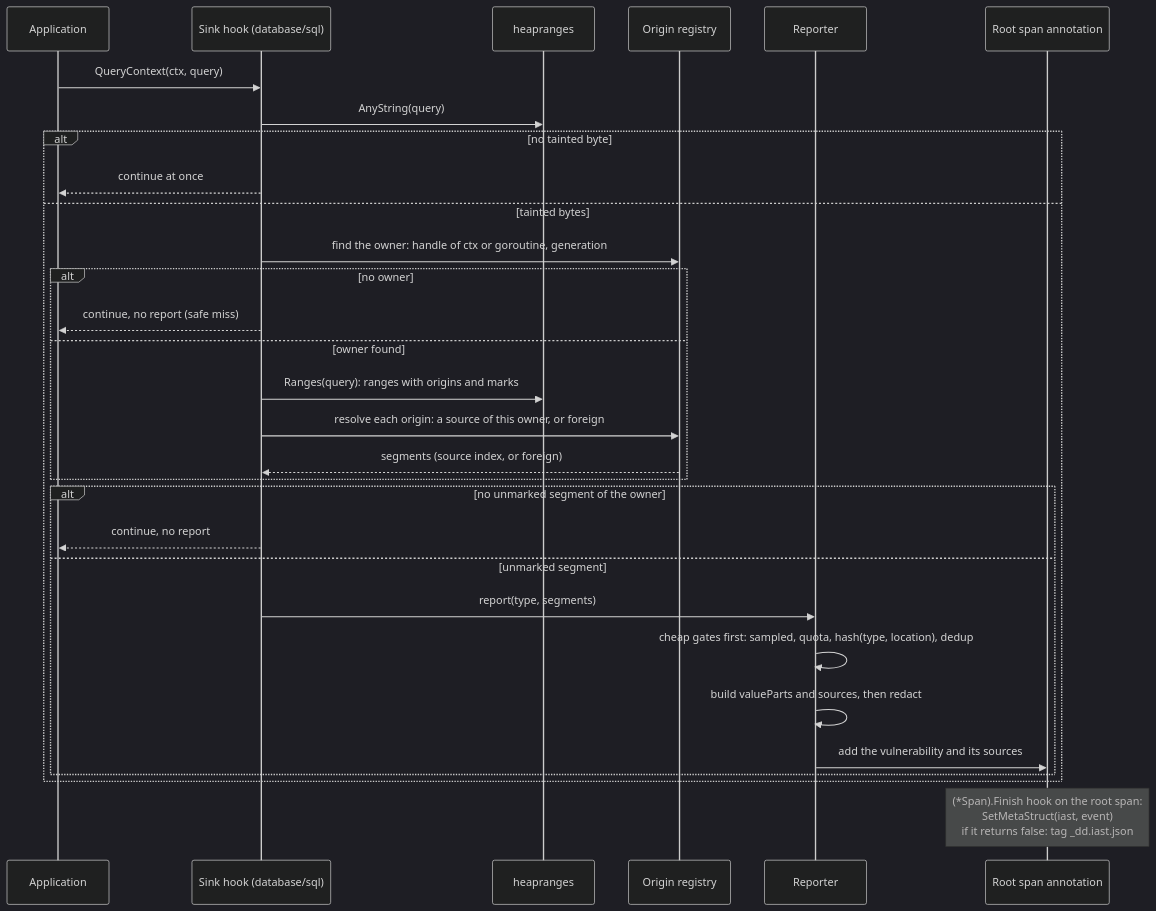
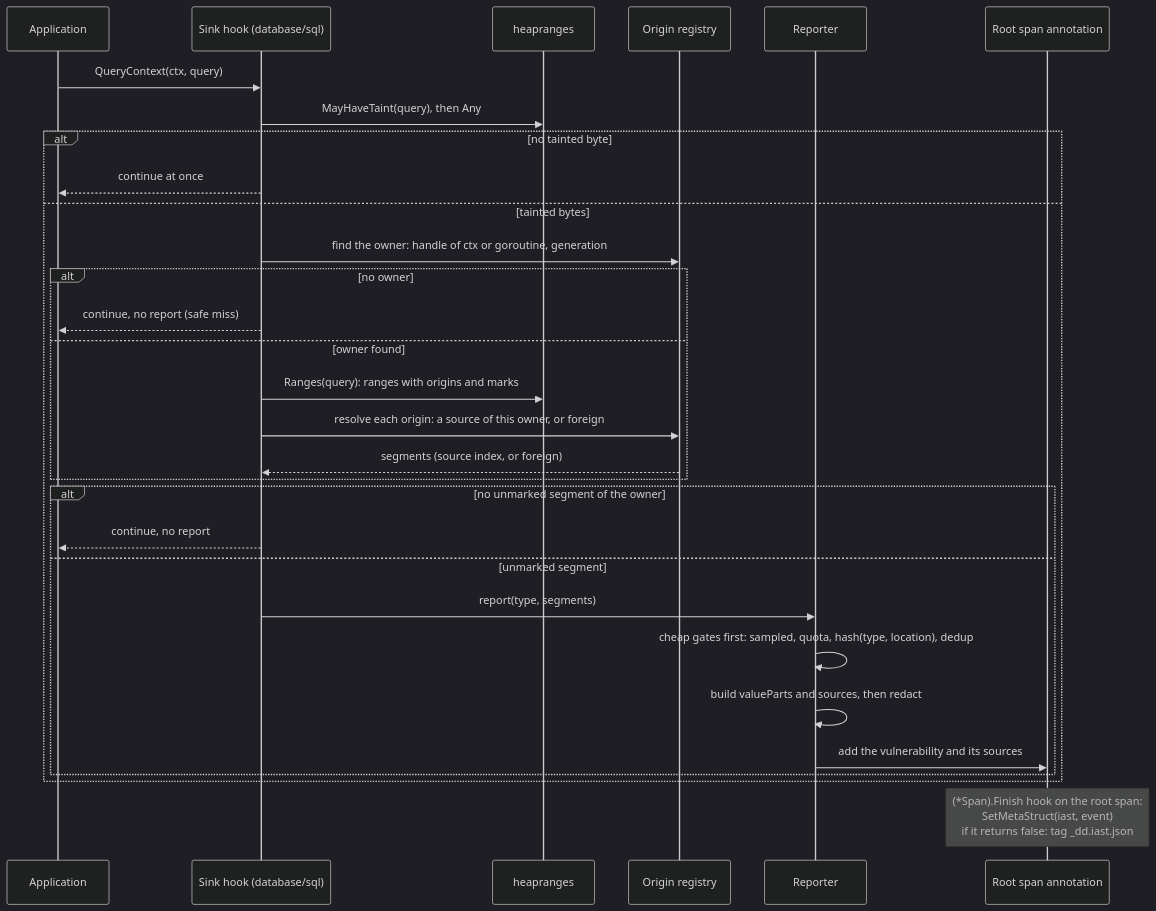
Before and after one commit to DataDog/dd-iast-go: the fifth of 7 diagrams in _docs/design/taint-tracking-v0.md, drawn with Mermaid (dark theme). The commit also changed other lines of this file, not shown here.

````diff
--- a/_docs/design/taint-tracking-v0.md
+++ b/_docs/design/taint-tracking-v0.md
@@ -1064,32 +1241,32 @@
 ```mermaid
 sequenceDiagram
   participant App as Application
   participant Sink as Sink hook (database/sql)
   participant Bits as heapranges
   participant Reg as Origin registry
   participant Rep as Reporter
   participant Span as Root span annotation
   App->>Sink: QueryContext(ctx, query)
-  Sink->>Bits: AnyString(query)
+  Sink->>Bits: MayHaveTaint(query), then Any
   alt no tainted byte
     Sink-->>App: continue at once
   else tainted bytes
     Sink->>Reg: find the owner: handle of ctx or goroutine, generation
     alt no owner
       Sink-->>App: continue, no report (safe miss)
     else owner found
     Sink->>Bits: Ranges(query): ranges with origins and marks
     Sink->>Reg: resolve each origin: a source of this owner, or foreign
     Reg-->>Sink: segments (source index, or foreign)
     end
     alt no unmarked segment of the owner
       Sink-->>App: continue, no report
     else unmarked segment
       Sink->>Rep: report(type, segments)
       Rep->>Rep: cheap gates first: sampled, quota, hash(type, location), dedup
       Rep->>Rep: build valueParts and sources, then redact
       Rep->>Span: add the vulnerability and its sources
     end
   end
   Note over Span: (*Span).Finish hook on the root span:<br/>SetMetaStruct(iast, event)<br/>if it returns false: tag _dd.iast.json
 ```
````
